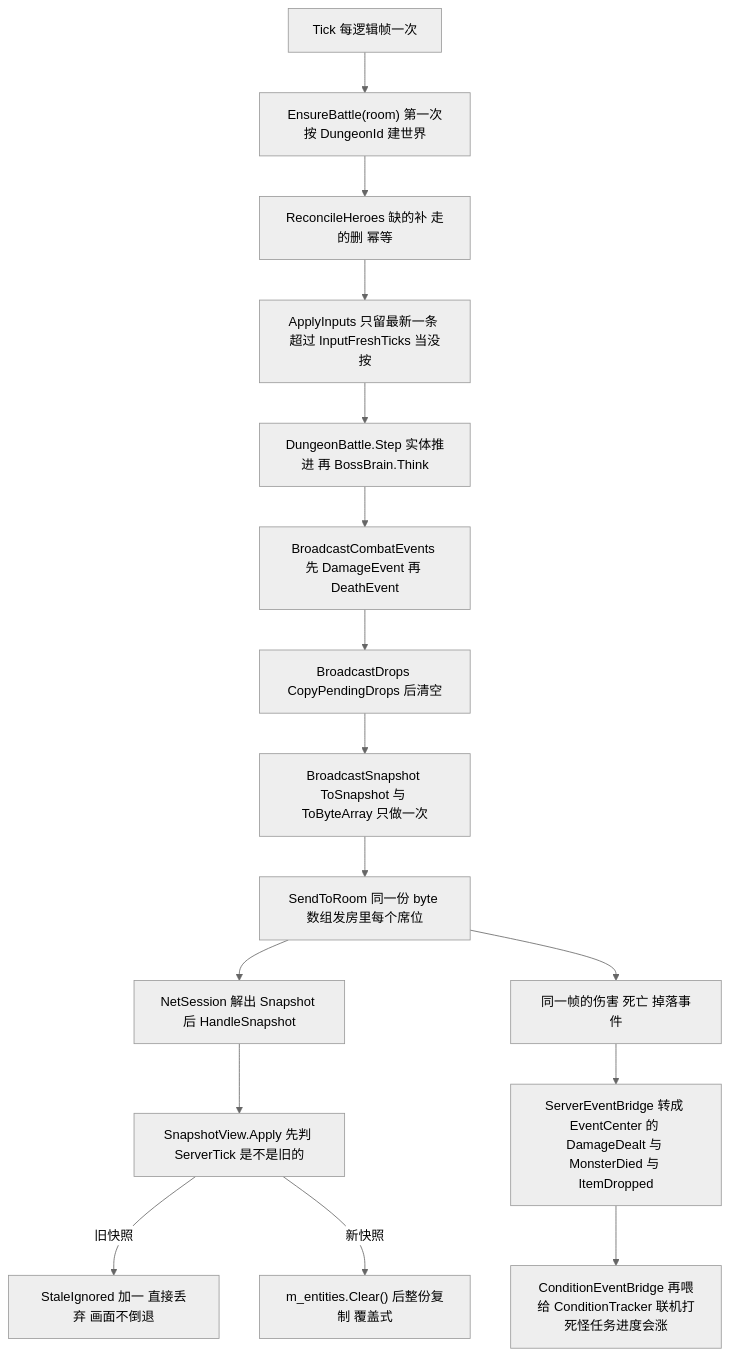
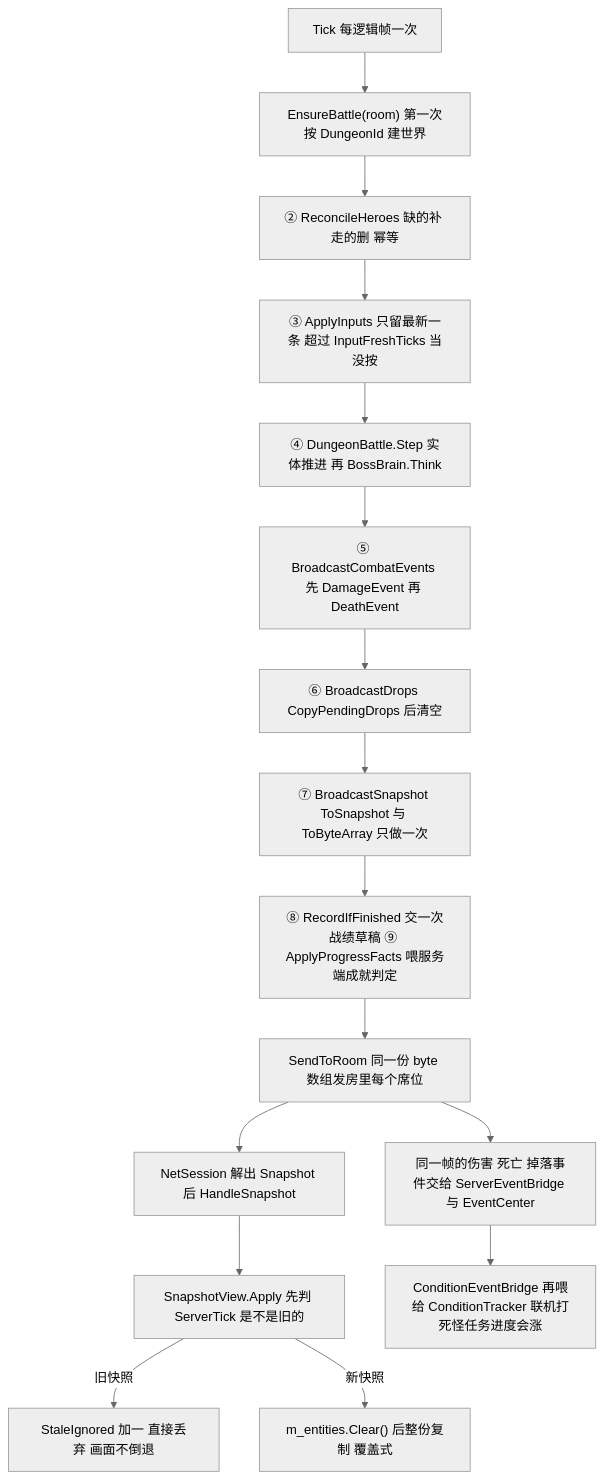
The second of 2 diagrams in Docs/教学/M3-B-房间与状态同步.md (FridayNoob/NBC-3D-Networked-Battle), drawn with Mermaid (neutral theme) before and after one commit. The commit also changed other lines of this file and 7 other files, not shown here.

````diff
--- a/Docs/教学/M3-B-房间与状态同步.md
+++ b/Docs/教学/M3-B-房间与状态同步.md
@@ -426,18 +426,18 @@
 ```mermaid
 flowchart TD
     A["Tick 每逻辑帧一次"] --> C["EnsureBattle(room) 第一次按 DungeonId 建世界"]
-    C --> D["ReconcileHeroes 缺的补 走的删 幂等"]
-    D --> E["ApplyInputs 只留最新一条 超过 InputFreshTicks 当没按"]
-    E --> F["DungeonBattle.Step 实体推进 再 BossBrain.Think"]
-    F --> G["BroadcastCombatEvents 先 DamageEvent 再 DeathEvent"]
-    G --> H["BroadcastDrops CopyPendingDrops 后清空"]
-    H --> I["BroadcastSnapshot ToSnapshot 与 ToByteArray 只做一次"]
-    I --> J["SendToRoom 同一份 byte 数组发房里每个席位"]
+    C --> D["② ReconcileHeroes 缺的补 走的删 幂等"]
+    D --> E["③ ApplyInputs 只留最新一条 超过 InputFreshTicks 当没按"]
+    E --> F["④ DungeonBattle.Step 实体推进 再 BossBrain.Think"]
+    F --> G["⑤ BroadcastCombatEvents 先 DamageEvent 再 DeathEvent"]
+    G --> H["⑥ BroadcastDrops CopyPendingDrops 后清空"]
+    H --> I["⑦ BroadcastSnapshot ToSnapshot 与 ToByteArray 只做一次"]
+    I --> I2["⑧ RecordIfFinished 交一次战绩草稿 ⑨ ApplyProgressFacts 喂服务端成就判定"]
+    I2 --> J["SendToRoom 同一份 byte 数组发房里每个席位"]
     J --> K["NetSession 解出 Snapshot 后 HandleSnapshot"]
     K --> L["SnapshotView.Apply 先判 ServerTick 是不是旧的"]
     L -->|"旧快照"| M["StaleIgnored 加一 直接丢弃 画面不倒退"]
     L -->|"新快照"| N["m_entities.Clear() 后整份复制 覆盖式"]
-    J --> P["同一帧的伤害 死亡 掉落事件"]
-    P --> R["ServerEventBridge 转成 EventCenter 的 DamageDealt 与 MonsterDied 与 ItemDropped"]
+    J --> R["同一帧的伤害 死亡 掉落事件交给 ServerEventBridge 与 EventCenter"]
     R --> S["ConditionEventBridge 再喂给 ConditionTracker 联机打死怪任务进度会涨"]
 ```
````
